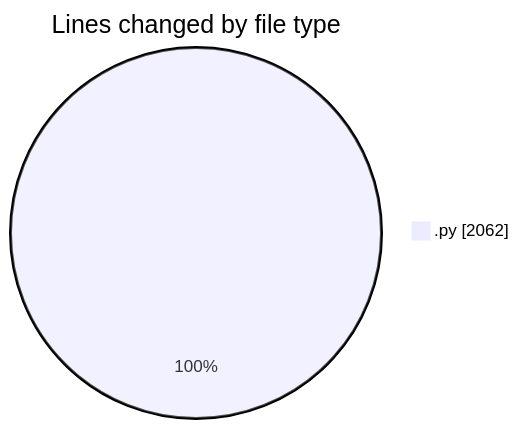
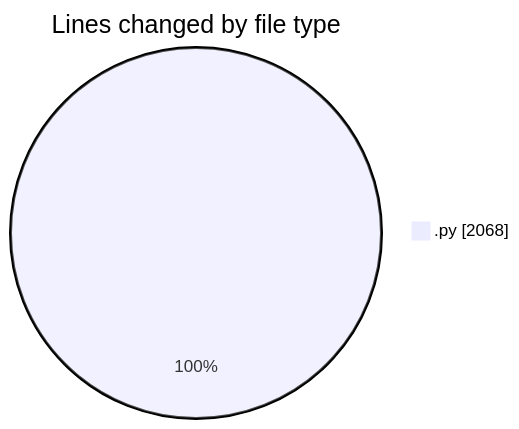
Before and after one commit to FelipKnott/code-tracking: the first of 2 diagrams in 2025-07-02/cursor/README.md, drawn with Mermaid. The commit also changed other lines of this file and 1 other file, not shown here.

````diff
--- a/2025-07-02/cursor/README.md
+++ b/2025-07-02/cursor/README.md
@@ -23,5 +23,5 @@
 ```mermaid
 pie showData
 title Lines changed by file type
-".py" : 2062
+".py" : 2068
 ```
````
